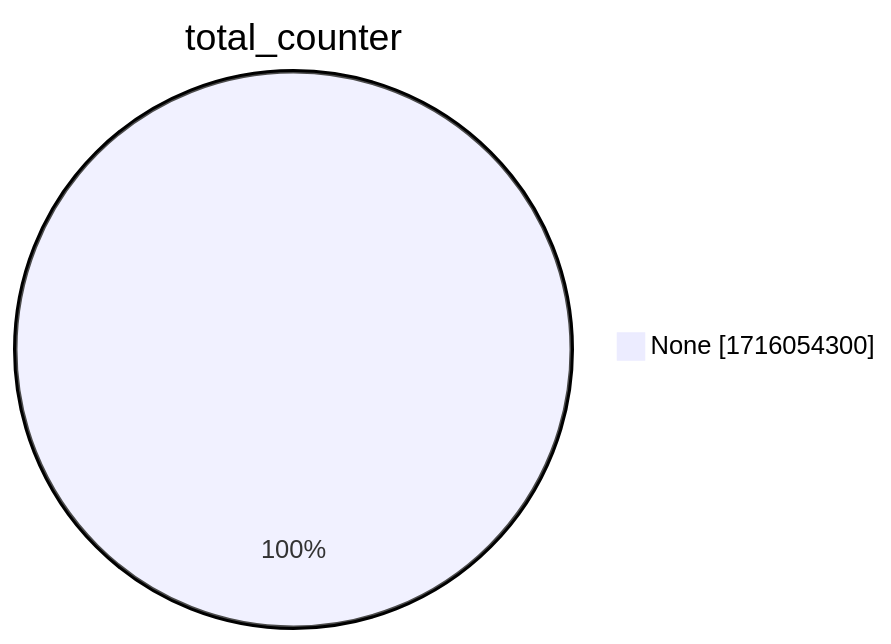
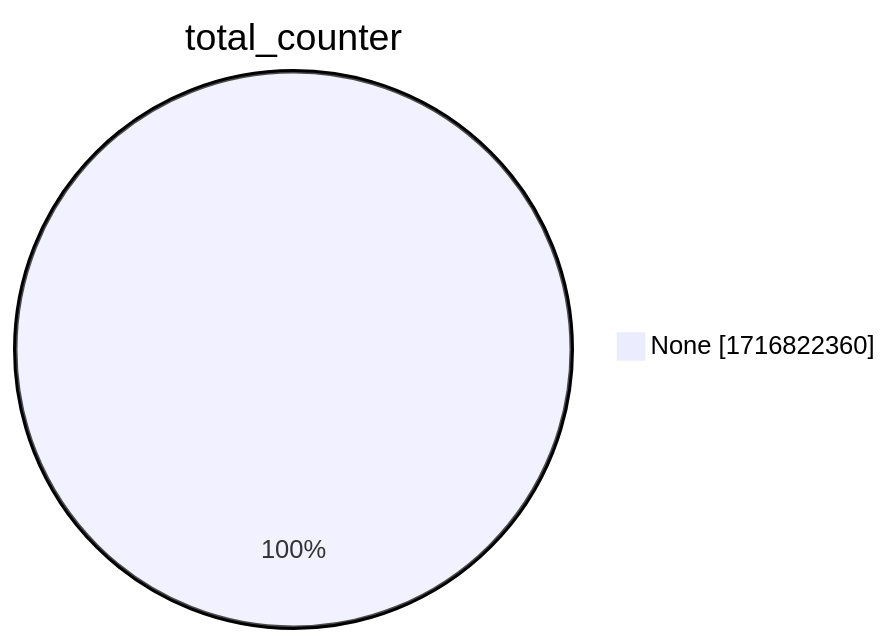
Before and after one commit to christiankrug/ctmonitor_visualization: the second of 15 diagrams in xenon2022/README.md, drawn with Mermaid. The commit also changed other lines of this file, not shown here.

````diff
--- a/xenon2022/README.md
+++ b/xenon2022/README.md
@@ -9,5 +9,5 @@
 ```mermaid
 pie showData
 title total_counter
-"None" :1716054300
+"None" :1716822360
 ```
````
